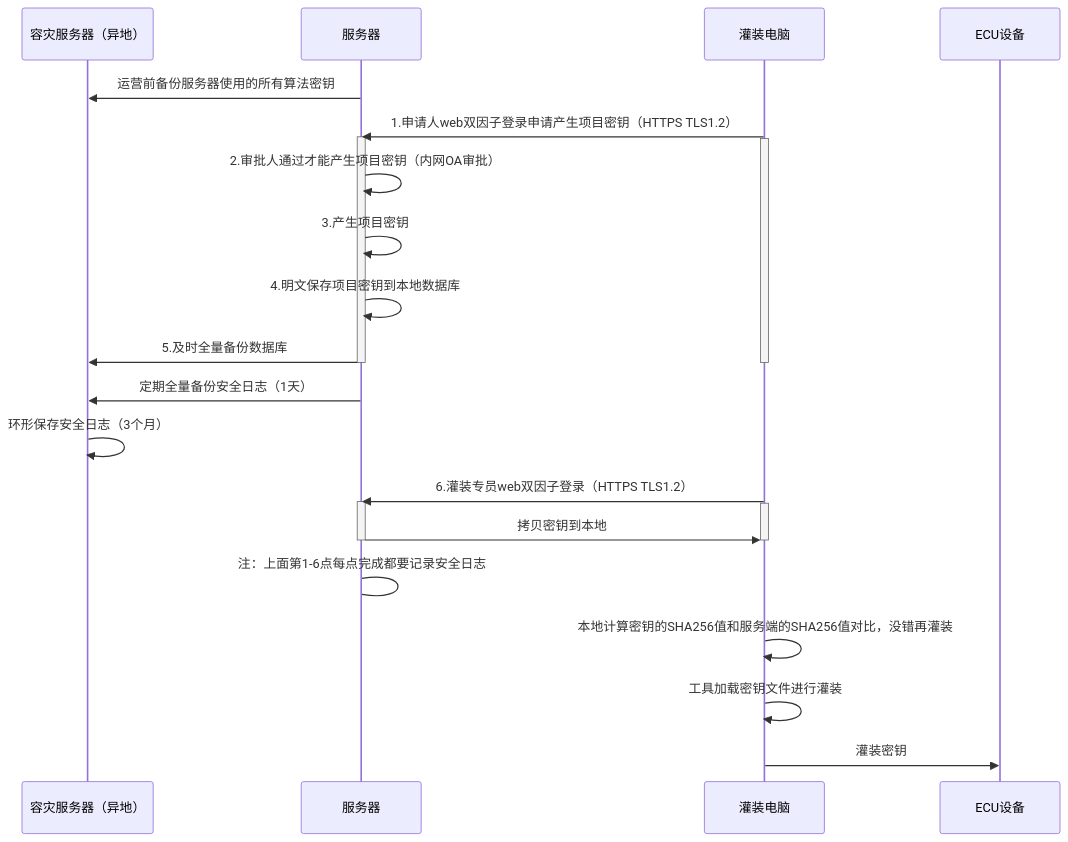
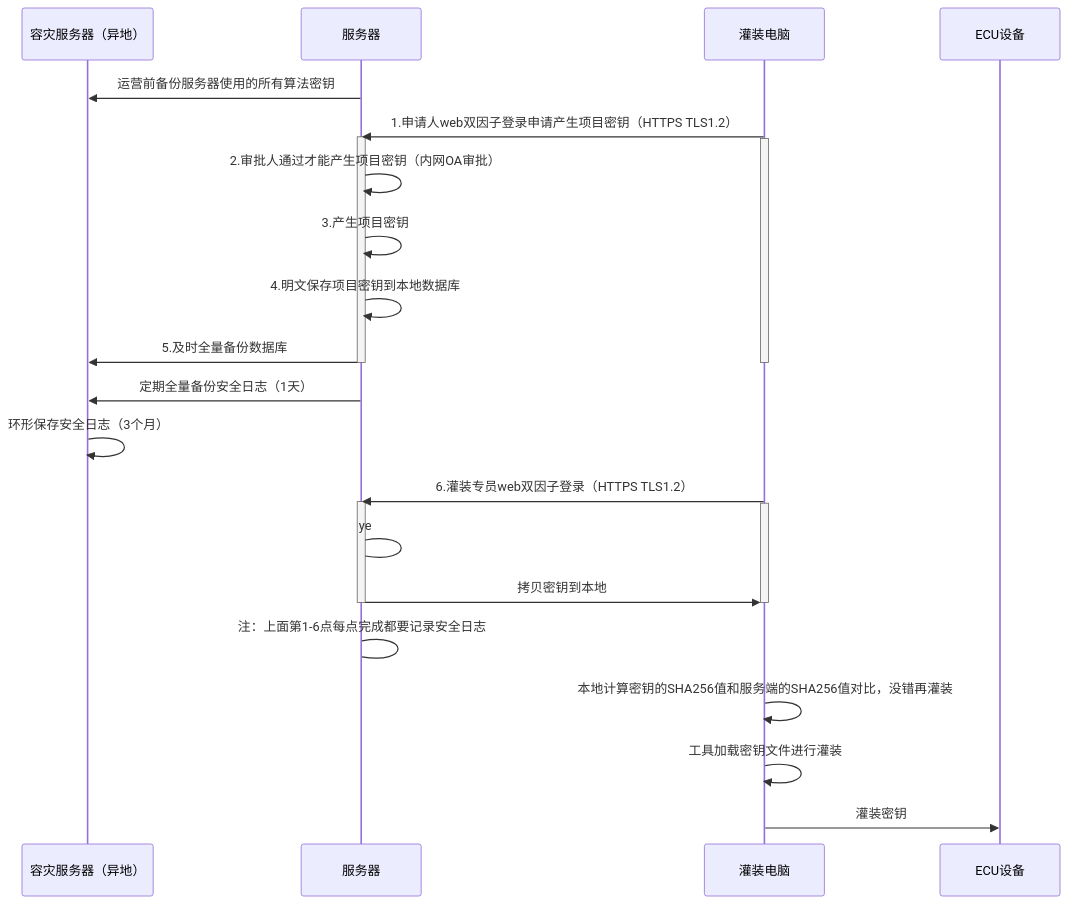
The diagram in all/未命名-20.md (facebook-cloud/iodraw-files), drawn with Mermaid before and after one commit.

Commit message:
2026-03-28 09:36:52 update

````diff
--- a/all/未命名-20.md
+++ b/all/未命名-20.md
@@ -1,36 +1,36 @@
 ```mermaid
 sequenceDiagram
     participant A as 容灾服务器（异地）
     participant B as 服务器
     participant D as 灌装电脑
     participant E as ECU设备
 
     B->>A: 运营前备份服务器使用的所有算法密钥
     D->>B: 1.申请人web双因子登录申请产生项目密钥（HTTPS TLS1.2）
     activate B
     activate D
     B->>B: 2.审批人通过才能产生项目密钥（内网OA审批）
     B->>B: 3.产生项目密钥
     B->>B: 4.明文保存项目密钥到本地数据库
     B->>A: 5.及时全量备份数据库
 
     deactivate B
     deactivate D
 
     B->>A: 定期全量备份安全日志（1天）
     A->>A: 环形保存安全日志（3个月）
     
     D->>B: 6.灌装专员web双因子登录（HTTPS TLS1.2）
     activate B
     activate D
-    
+    B->B: ye
     B->>D: 拷贝密钥到本地
     deactivate B
     deactivate D
     B->B: 注：上面第1-6点每点完成都要记录安全日志
 
     D->>D:本地计算密钥的SHA256值和服务端的SHA256值对比，没错再灌装
     D->>D:工具加载密钥文件进行灌装
     
     D->>E: 灌装密钥
 ```
````
